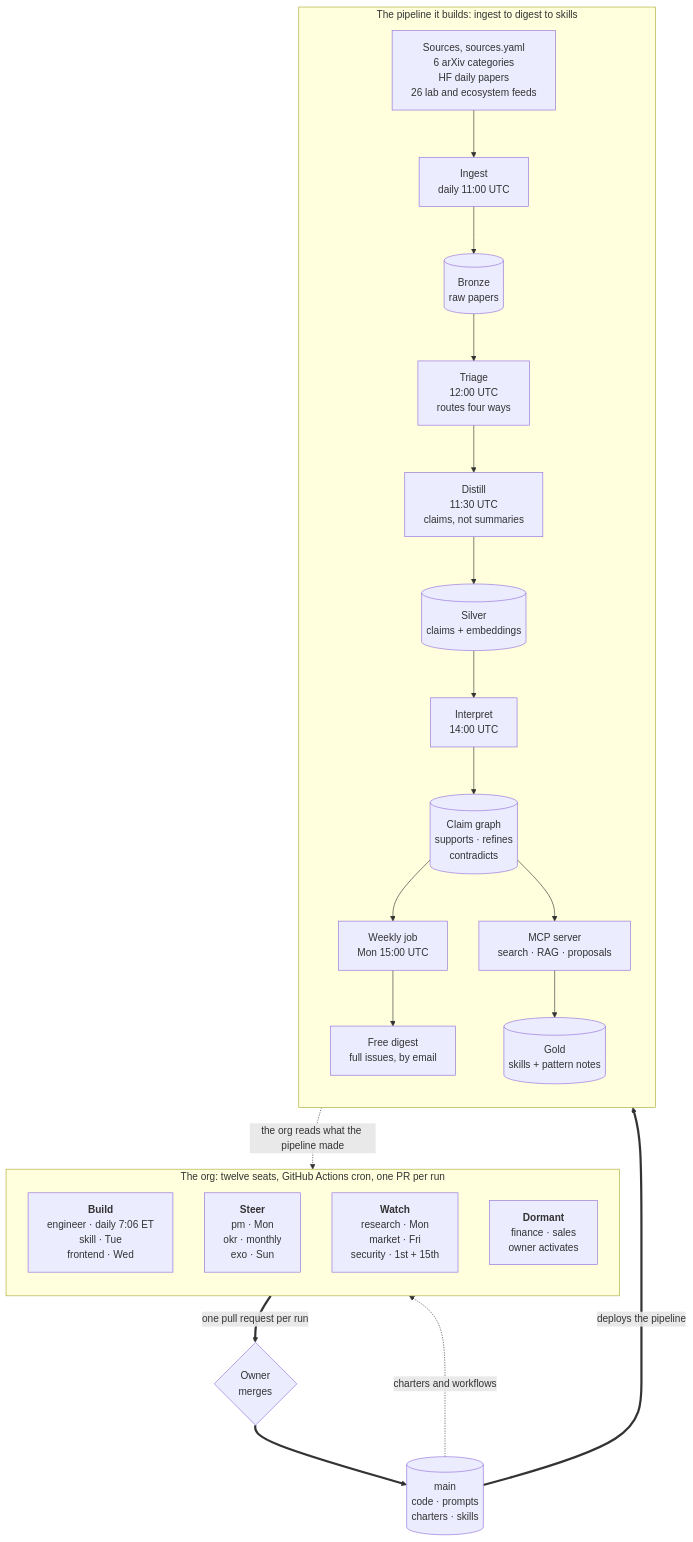
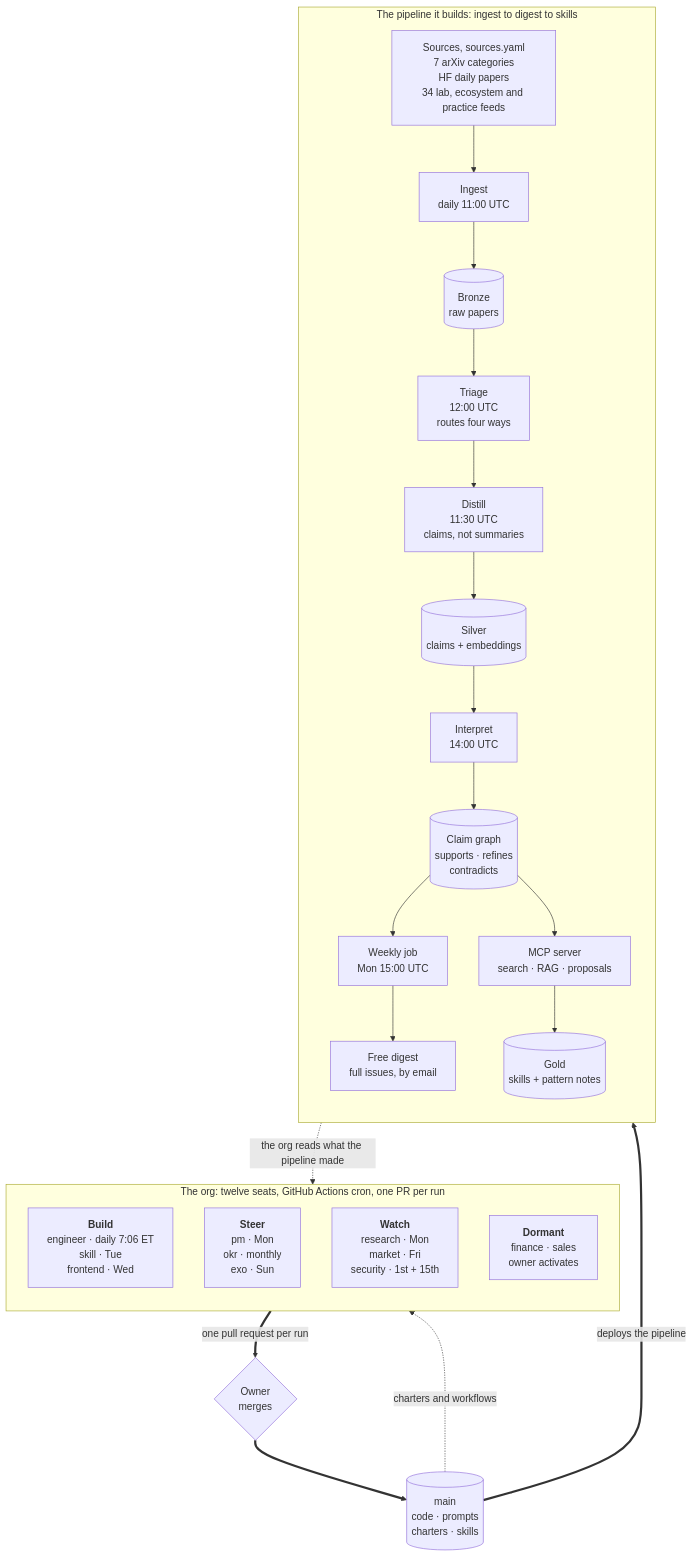
The first of 2 diagrams in README.md (alexandrapaiz/alexandria), drawn with Mermaid before and after one commit.

Commit message:
README: the source counts, recounted against sources.yaml

````diff
--- a/README.md
+++ b/README.md
@@ -34,36 +34,36 @@
 ```mermaid
 flowchart TB
     subgraph ORG["The org: twelve seats, GitHub Actions cron, one PR per run"]
         direction TB
         BUILD["<b>Build</b><br/>engineer · daily 7:06 ET<br/>skill · Tue<br/>frontend · Wed"]
         STEER["<b>Steer</b><br/>pm · Mon<br/>okr · monthly<br/>exo · Sun"]
         WATCH["<b>Watch</b><br/>research · Mon<br/>market · Fri<br/>security · 1st + 15th"]
         DORM["<b>Dormant</b><br/>finance · sales<br/>owner activates"]
     end
 
     subgraph PIPE["The pipeline it builds: ingest to digest to skills"]
         direction TB
-        SRC["Sources, sources.yaml<br/>6 arXiv categories<br/>HF daily papers<br/>26 lab and ecosystem feeds"]
+        SRC["Sources, sources.yaml<br/>7 arXiv categories<br/>HF daily papers<br/>34 lab, ecosystem and practice feeds"]
         ING["Ingest<br/>daily 11:00 UTC"]
         BR[("Bronze<br/>raw papers")]
         TRI["Triage<br/>12:00 UTC<br/>routes four ways"]
         DIS["Distill<br/>11:30 UTC<br/>claims, not summaries"]
         SIL[("Silver<br/>claims + embeddings")]
         INT["Interpret<br/>14:00 UTC"]
         GR[("Claim graph<br/>supports · refines<br/>contradicts")]
         WK["Weekly job<br/>Mon 15:00 UTC"]
         DIGEST["Free digest<br/>full issues, by email"]
         MCP["MCP server<br/>search · RAG · proposals"]
         GOLD[("Gold<br/>skills + pattern notes")]
 
         SRC --> ING --> BR --> TRI --> DIS --> SIL --> INT --> GR
         GR --> WK --> DIGEST
         GR --> MCP --> GOLD
     end
 
     ORG ==>|"one pull request per run"| GATE{"Owner<br/>merges"}
     GATE ==> MAIN[("main<br/>code · prompts<br/>charters · skills")]
     MAIN ==>|"deploys the pipeline"| PIPE
     MAIN -.->|"charters and workflows"| ORG
     PIPE -.->|"the org reads what the pipeline made"| ORG
 ```
````
